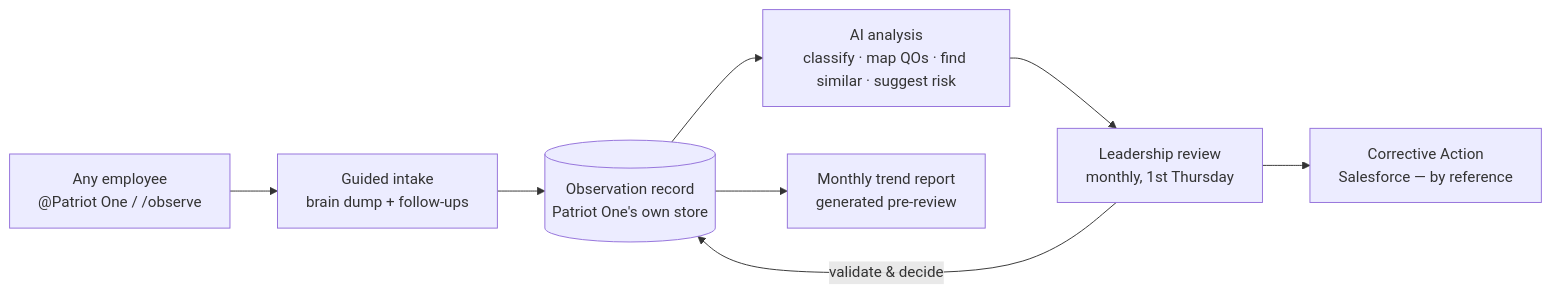
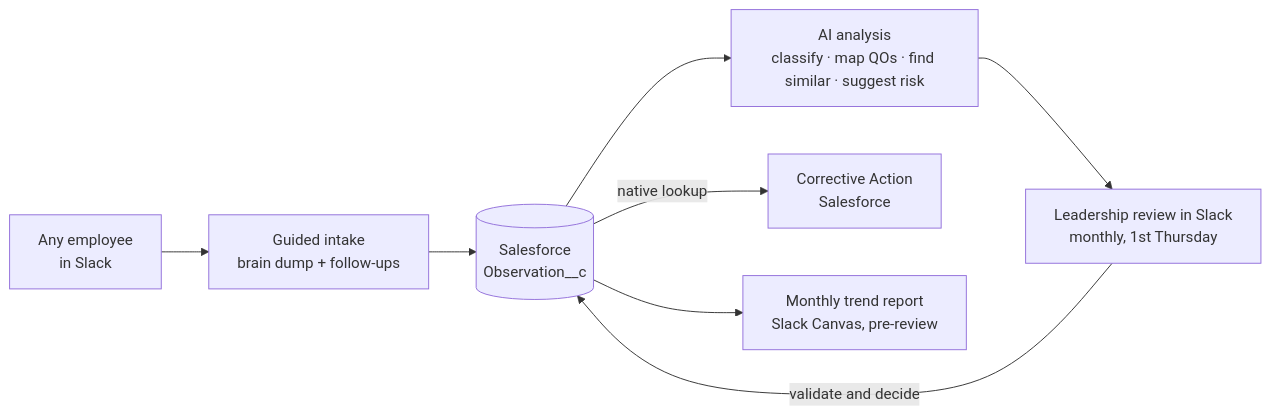
One commit to solidwaddle/patriot-one-ai changed the diagram in docs/CONTINUAL-IMPROVEMENT.md. Above: the diagram before and after it, drawn with Mermaid. The commit also changed other lines of this file and 2 other files, not shown here.

First line of the commit message:
Revise Continual Improvement design: Salesforce of record, Slack-only (#2)

````diff
--- a/docs/CONTINUAL-IMPROVEMENT.md
+++ b/docs/CONTINUAL-IMPROVEMENT.md
@@ -15,10 +20,10 @@
 ```mermaid
 flowchart LR
-    E["Any employee<br/>@Patriot One / /observe"] --> I["Guided intake<br/>brain dump + follow-ups"]
-    I --> R[("Observation record<br/>Patriot One's own store")]
-    R --> A["AI analysis<br/>classify · map QOs · find similar · suggest risk"]
-    A --> L["Leadership review<br/>monthly, 1st Thursday"]
-    L -->|validate & decide| R
-    L --> CA["Corrective Action<br/>Salesforce — by reference"]
-    R --> TR["Monthly trend report<br/>generated pre-review"]
+    E["Any employee<br/>in Slack"] --> I["Guided intake<br/>brain dump + follow-ups"]
+    I --> SF[("Salesforce<br/>Observation__c")]
+    SF --> A["AI analysis<br/>classify · map QOs · find similar · suggest risk"]
+    A --> L["Leadership review in Slack<br/>monthly, 1st Thursday"]
+    L -->|validate and decide| SF
+    SF -->|native lookup| CA["Corrective Action<br/>Salesforce"]
+    SF --> TR["Monthly trend report<br/>Slack Canvas, pre-review"]
 ```
````
